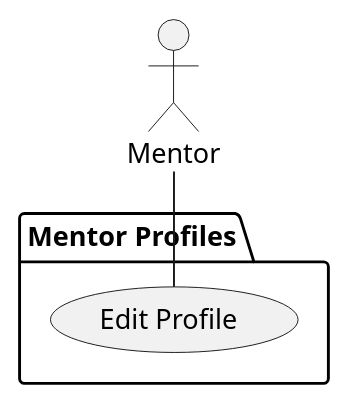
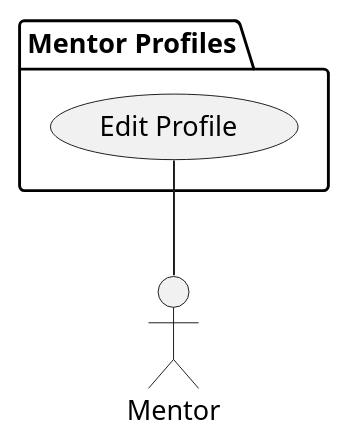
The diagram in Use Cases/EditProfile.iuml (bmb0136/COMP-3700-Project), drawn with PlantUML before and after one commit. The commit also changed 13 other files, not shown here.

Commit message:
Fix formatting in main diagram

```diff
--- a/Use Cases/EditProfile.iuml
+++ b/Use Cases/EditProfile.iuml
@@ -1,7 +1,7 @@
 @startuml Edit Profile
 actor :Mentor:
 package "Mentor Profiles" {
   (Edit Profile) as Edit
 }
-Mentor -- Edit
+Mentor -up- Edit
 @enduml
```
